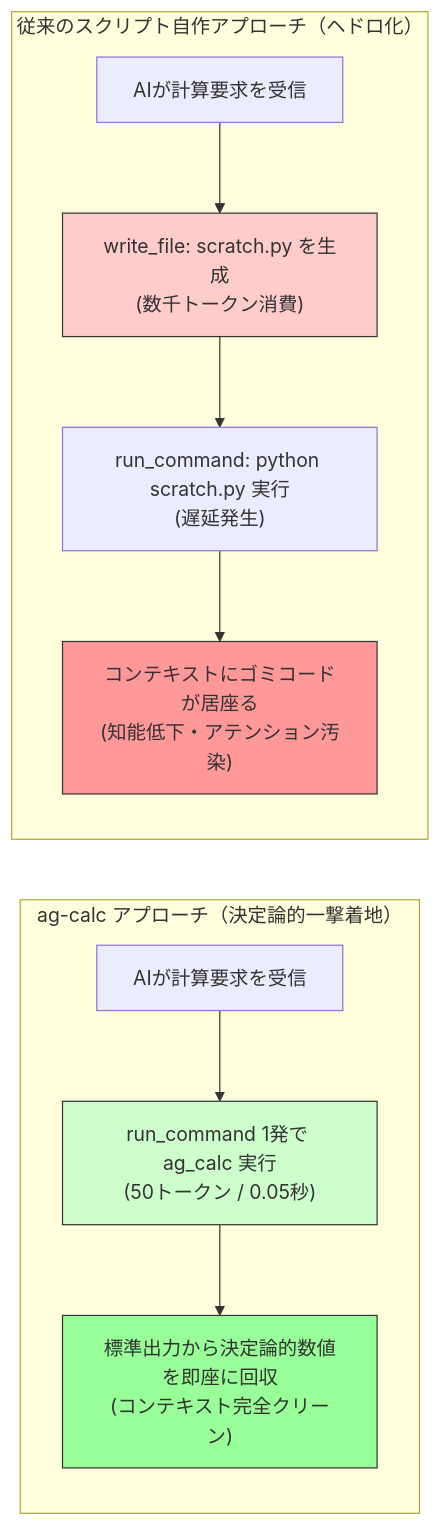
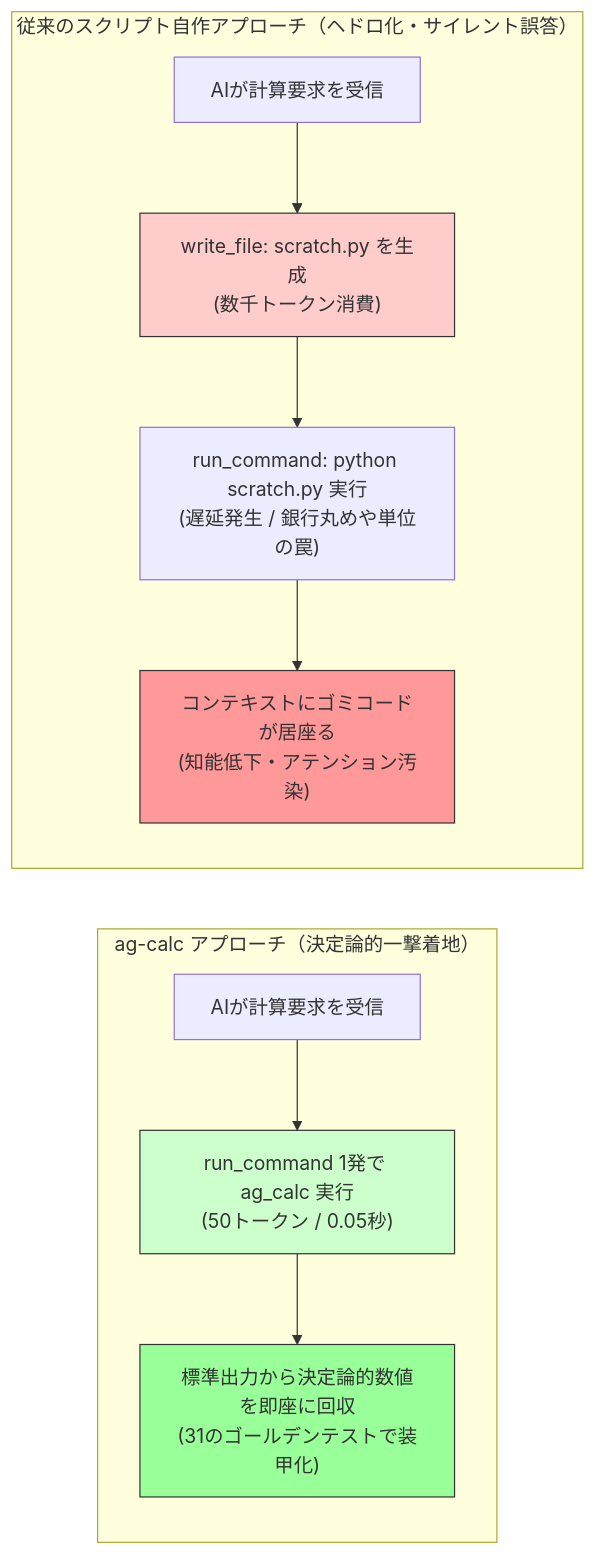
One commit to sevenstars917-bot/Bootloader_Dignity changed the diagram in 01_Tools/ag-calc/User_guide.md. Above: the diagram before and after it, drawn with Mermaid. The commit also changed other lines of this file and 3 other files, not shown here.

````diff
--- a/01_Tools/ag-calc/User_guide.md
+++ b/01_Tools/ag-calc/User_guide.md
@@ -33,21 +33,21 @@
 ```mermaid
 flowchart TD
-    subgraph Traditional["従来のスクリプト自作アプローチ（ヘドロ化）"]
+    subgraph Traditional["従来のスクリプト自作アプローチ（ヘドロ化・サイレント誤答）"]
         direction TB
         A1["AIが計算要求を受信"] --> A2["write_file: scratch.py を生成<br>(数千トークン消費)"]
-        A2 --> A3["run_command: python scratch.py 実行<br>(遅延発生)"]
+        A2 --> A3["run_command: python scratch.py 実行<br>(遅延発生 / 銀行丸めや単位の罠)"]
         A3 --> A4["コンテキストにゴミコードが居座る<br>(知能低下・アテンション汚染)"]
         style A2 fill:#ffcccc,stroke:#333
         style A4 fill:#ff9999,stroke:#333
     end
 
     subgraph AgCalc["ag-calc アプローチ（決定論的一撃着地）"]
         direction TB
         B1["AIが計算要求を受信"] --> B2["run_command 1発で ag_calc 実行<br>(50トークン / 0.05秒)"]
-        B2 --> B3["標準出力から決定論的数値を即座に回収<br>(コンテキスト完全クリーン)"]
+        B2 --> B3["標準出力から決定論的数値を即座に回収<br>(31のゴールデンテストで装甲化)"]
         style B2 fill:#ccffcc,stroke:#333
         style B3 fill:#99ff99,stroke:#333
     end
 
     Traditional ~~~ AgCalc
 ```
````
